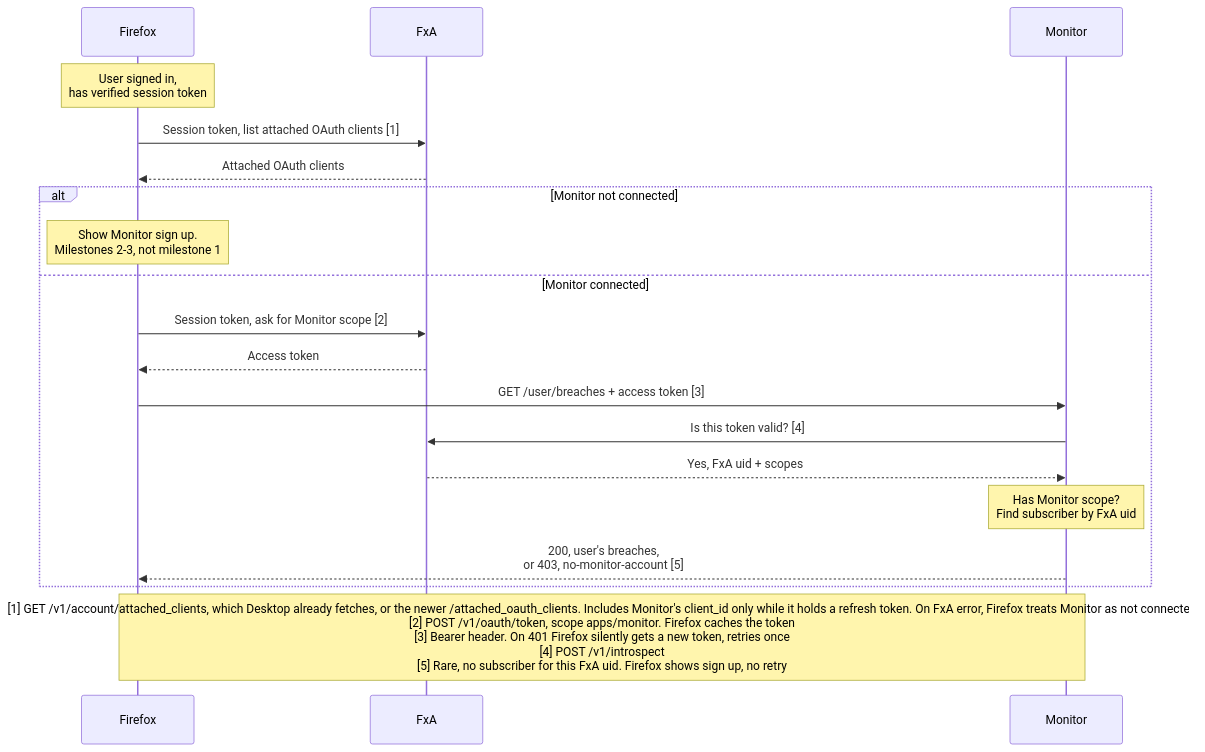
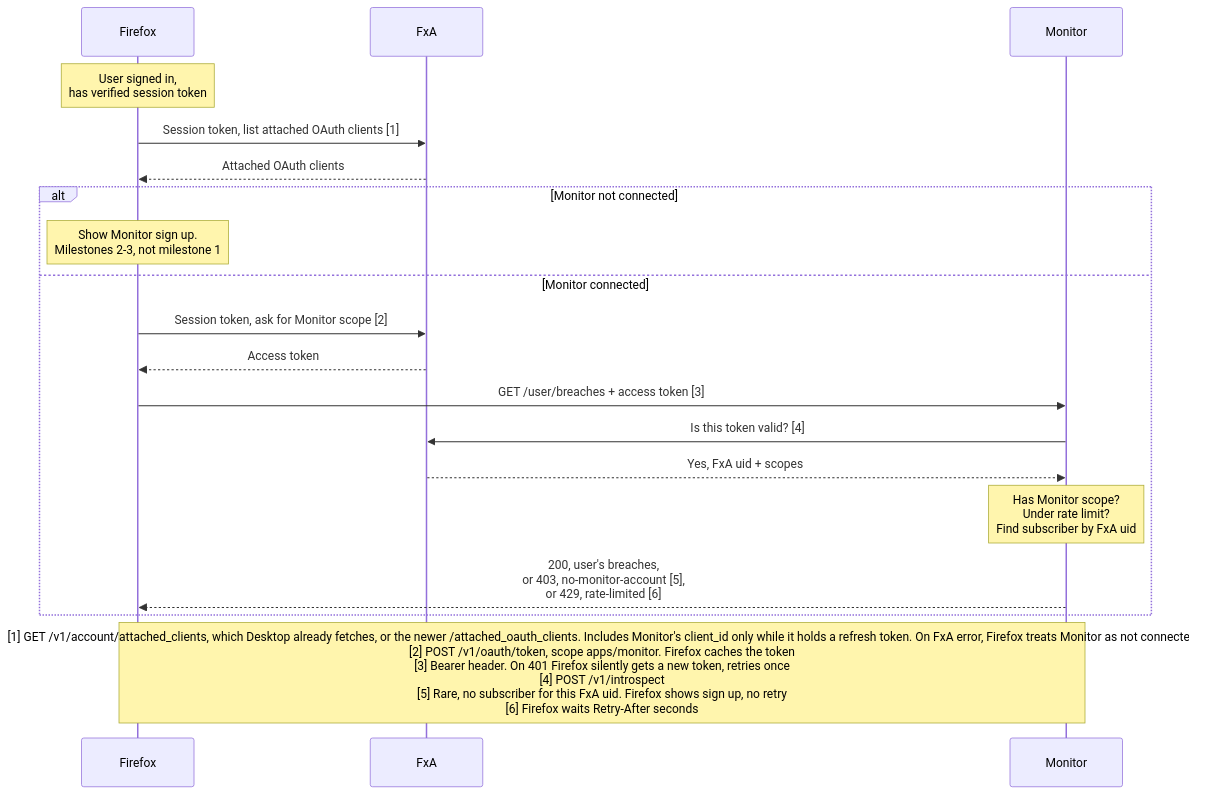
Before and after one commit to mozilla/blurts-server: the diagram in docs/architecture/flows/firefox-api-auth.md, drawn with Mermaid. The commit also changed other lines of this file and 1 other file, not shown here.

Commit message:
docs(fx-api): document the Firefox API rate limit
Put the hourly budget next to the polling cadence in
openapi.yml, and add the 429 step to the auth flow doc.

````diff
--- a/docs/architecture/flows/firefox-api-auth.md
+++ b/docs/architecture/flows/firefox-api-auth.md
@@ -37,23 +39,23 @@
 ```mermaid
 sequenceDiagram
     participant FE as Firefox
     participant FxA
     participant BE as Monitor
 
     Note over FE: User signed in,<br/>has verified session token
     FE->>FxA: Session token, list attached OAuth clients [1]
     FxA-->>FE: Attached OAuth clients
     alt Monitor not connected
         Note over FE: Show Monitor sign up.<br/>Milestones 2-3, not milestone 1
     else Monitor connected
         FE->>FxA: Session token, ask for Monitor scope [2]
         FxA-->>FE: Access token
         FE->>BE: GET /user/breaches + access token [3]
         BE->>FxA: Is this token valid? [4]
         FxA-->>BE: Yes, FxA uid + scopes
-        Note over BE: Has Monitor scope?<br/>Find subscriber by FxA uid
-        BE-->>FE: 200, user's breaches,<br/>or 403, no-monitor-account [5]
+        Note over BE: Has Monitor scope?<br/>Under rate limit?<br/>Find subscriber by FxA uid
+        BE-->>FE: 200, user's breaches,<br/>or 403, no-monitor-account [5],<br/>or 429, rate-limited [6]
     end
 
-    Note over FE,BE: [1] GET /v1/account/attached_clients, which Desktop already fetches, or the newer /attached_oauth_clients. Includes Monitor's client_id only while it holds a refresh token. On FxA error, Firefox treats Monitor as not connected<br/>[2] POST /v1/oauth/token, scope apps/monitor. Firefox caches the token<br/>[3] Bearer header. On 401 Firefox silently gets a new token, retries once<br/>[4] POST /v1/introspect<br/>[5] Rare, no subscriber for this FxA uid. Firefox shows sign up, no retry
+    Note over FE,BE: [1] GET /v1/account/attached_clients, which Desktop already fetches, or the newer /attached_oauth_clients. Includes Monitor's client_id only while it holds a refresh token. On FxA error, Firefox treats Monitor as not connected<br/>[2] POST /v1/oauth/token, scope apps/monitor. Firefox caches the token<br/>[3] Bearer header. On 401 Firefox silently gets a new token, retries once<br/>[4] POST /v1/introspect<br/>[5] Rare, no subscriber for this FxA uid. Firefox shows sign up, no retry<br/>[6] Firefox waits Retry-After seconds
 ```
````
